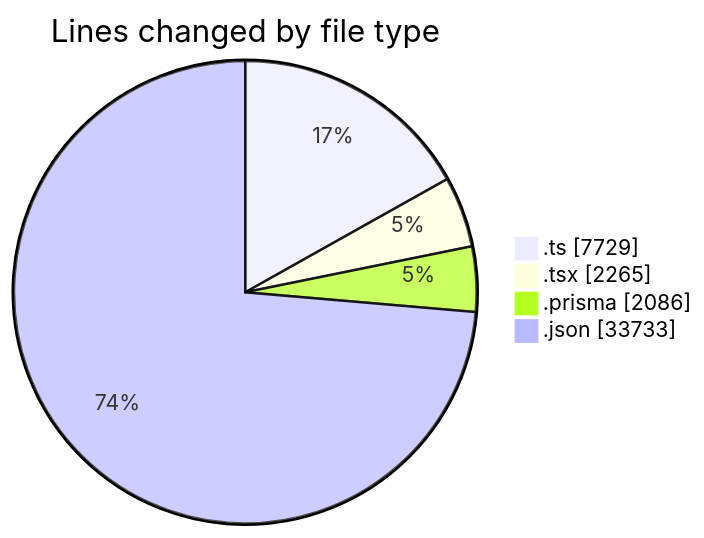
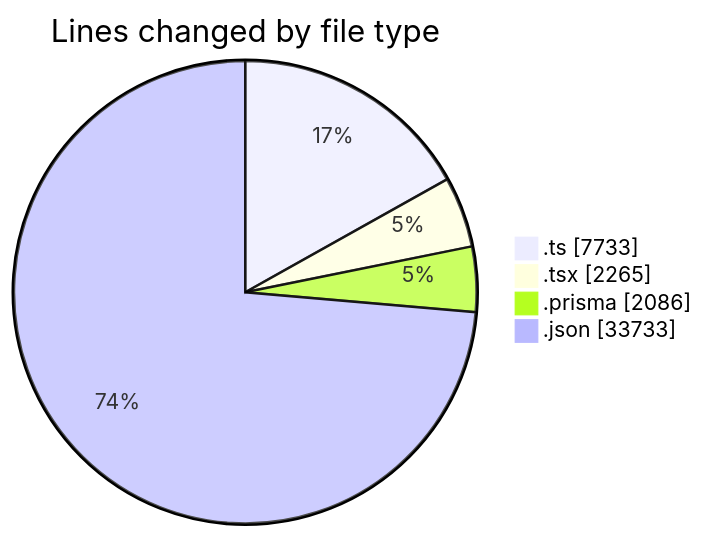
One commit to CELIANVF/code-tracking changed the first of 2 diagrams in 2025-05-19/ecodeli-1/README.md. Above: the diagram before and after it, drawn with Mermaid. The commit also changed other lines of this file and 1 other file, not shown here.

````diff
--- a/2025-05-19/ecodeli-1/README.md
+++ b/2025-05-19/ecodeli-1/README.md
@@ -50,8 +50,8 @@
 ```mermaid
 pie showData
 title Lines changed by file type
-".ts" : 7729
+".ts" : 7733
 ".tsx" : 2265
 ".prisma" : 2086
 ".json" : 33733
 ```
````
